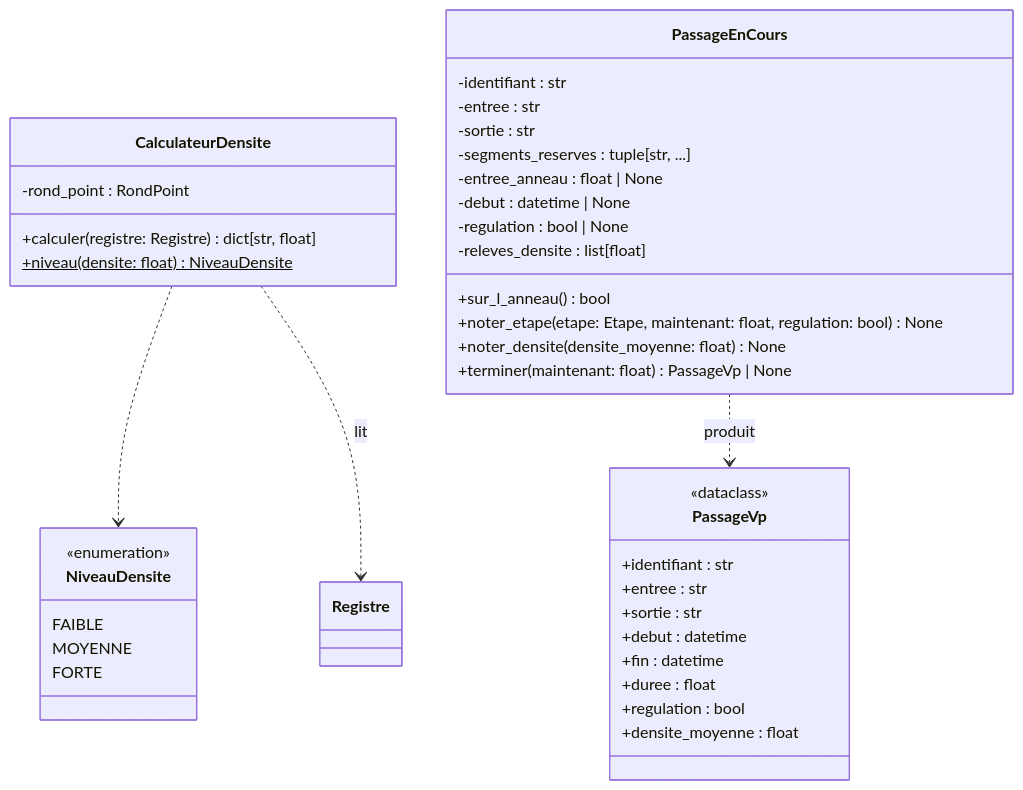
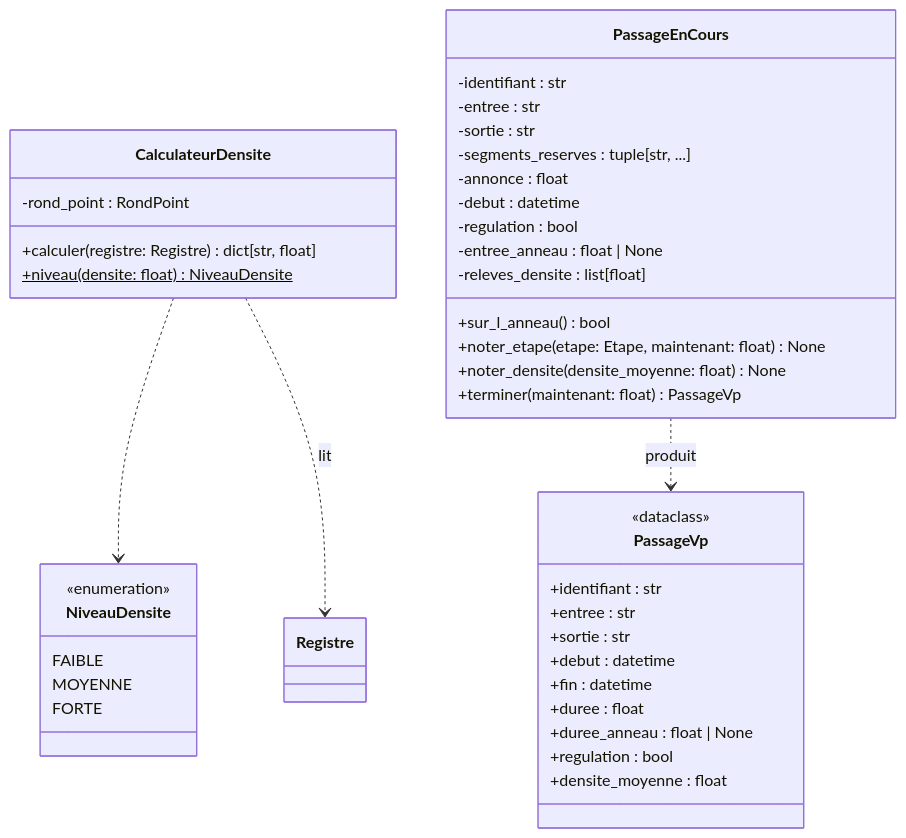
One commit to vRayzix/SAE3.02_Developper-une-application-communicante changed the seventh of 11 diagrams in docs/uml.md. Above: the diagram before and after it, drawn with Mermaid. The commit also changed other lines of this file, not shown here.

Commit message:
docs(uml): régulateur, notifications et mesure de VP_ALERT à VP_FIN

````diff
--- a/docs/uml.md
+++ b/docs/uml.md
@@ -451,46 +454,48 @@
 ```mermaid
 classDiagram
     class NiveauDensite {
         <<enumeration>>
         FAIBLE
         MOYENNE
         FORTE
     }
 
     class CalculateurDensite {
         -rond_point : RondPoint
         +calculer(registre: Registre) dict[str, float]
         +niveau(densite: float) NiveauDensite$
     }
 
     class PassageEnCours {
         -identifiant : str
         -entree : str
         -sortie : str
         -segments_reserves : tuple[str, ...]
+        -annonce : float
+        -debut : datetime
+        -regulation : bool
         -entree_anneau : float | None
-        -debut : datetime | None
-        -regulation : bool | None
         -releves_densite : list[float]
         +sur_l_anneau() bool
-        +noter_etape(etape: Etape, maintenant: float, regulation: bool) None
+        +noter_etape(etape: Etape, maintenant: float) None
         +noter_densite(densite_moyenne: float) None
-        +terminer(maintenant: float) PassageVp | None
+        +terminer(maintenant: float) PassageVp
     }
 
     class PassageVp {
         <<dataclass>>
         +identifiant : str
         +entree : str
         +sortie : str
         +debut : datetime
         +fin : datetime
         +duree : float
+        +duree_anneau : float | None
         +regulation : bool
         +densite_moyenne : float
     }
 
     CalculateurDensite ..> NiveauDensite
     CalculateurDensite ..> Registre : lit
     PassageEnCours ..> PassageVp : produit
 ```
````
